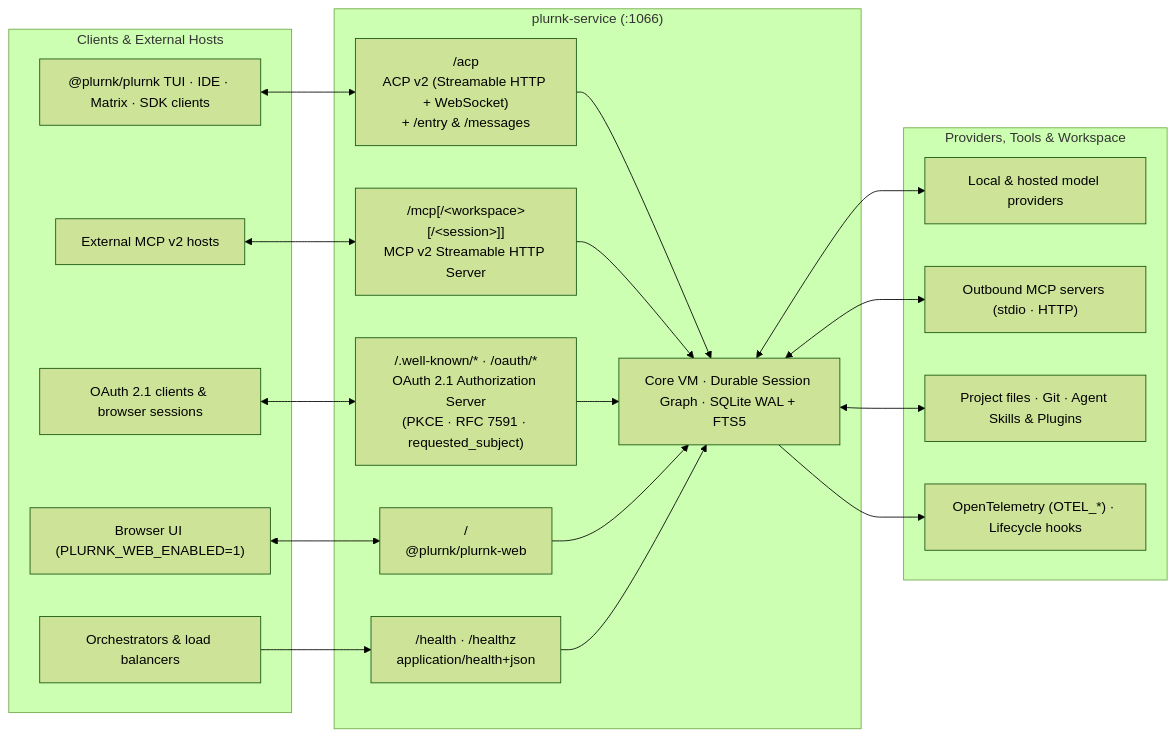
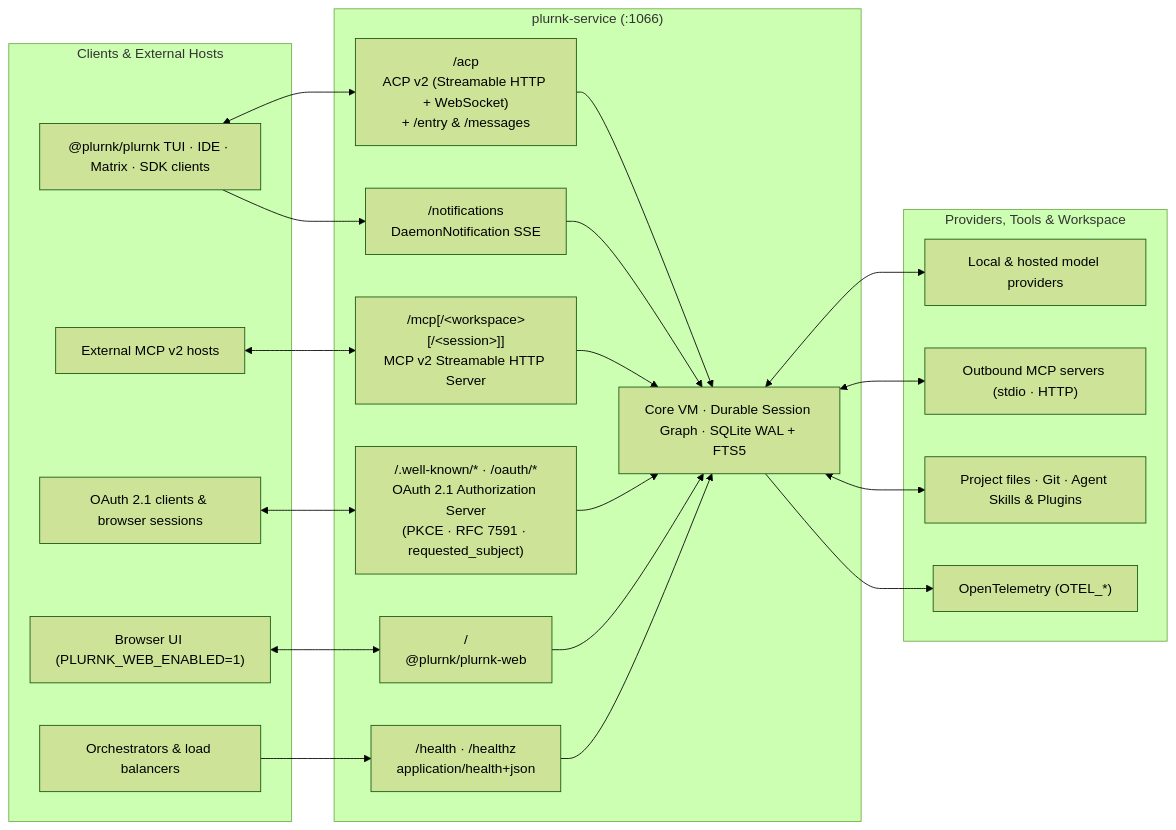
One commit to plurnk/plurnk-service changed the diagram in README.md. Above: the diagram before and after it, drawn with Mermaid (forest theme). The commit also changed other lines of this file and 69 other files, not shown here.

Commit message:
feat(notifications): serve GET /notifications SSE and retire plurnk-hooks (#1440)

````diff
--- a/README.md
+++ b/README.md
@@ -23,37 +23,39 @@
 ```mermaid
 flowchart LR
     subgraph Inbound["Clients & External Hosts"]
         cli["@plurnk/plurnk TUI · IDE · Matrix · SDK clients"]
         mcpHosts["External MCP v2 hosts"]
         authClients["OAuth 2.1 clients & browser sessions"]
         browser["Browser UI (PLURNK_WEB_ENABLED=1)"]
         probes["Orchestrators & load balancers"]
     end
 
     subgraph Listener["plurnk-service (:1066)"]
         acp["/acp<br/>ACP v2 (Streamable HTTP + WebSocket)<br/>+ /entry & /messages"]
         mcp["/mcp[/&lt;workspace&gt;[/&lt;session&gt;]]<br/>MCP v2 Streamable HTTP Server"]
+        notifications["/notifications<br/>DaemonNotification SSE"]
         oauth["/.well-known/* · /oauth/*<br/>OAuth 2.1 Authorization Server<br/>(PKCE · RFC 7591 · requested_subject)"]
         web["/<br/>@plurnk/plurnk-web"]
         health["/health · /healthz<br/>application/health+json"]
         core["Core VM · Durable Session Graph · SQLite WAL + FTS5"]
-        acp & mcp & oauth & web & health --> core
+        acp & mcp & notifications & oauth & web & health --> core
     end
 
     subgraph Outbound["Providers, Tools & Workspace"]
         models["Local & hosted model providers"]
         extMcp["Outbound MCP servers (stdio · HTTP)"]
         workspace["Project files · Git · Agent Skills & Plugins"]
-        otel["OpenTelemetry (OTEL_*) · Lifecycle hooks"]
+        otel["OpenTelemetry (OTEL_*)"]
     end
 
     cli <--> acp
+    cli --> notifications
     mcpHosts <--> mcp
     authClients <--> oauth
     browser <--> web
     probes --> health
     core <--> models
     core <--> extMcp
     core <--> workspace
     core --> otel
 ```
````
